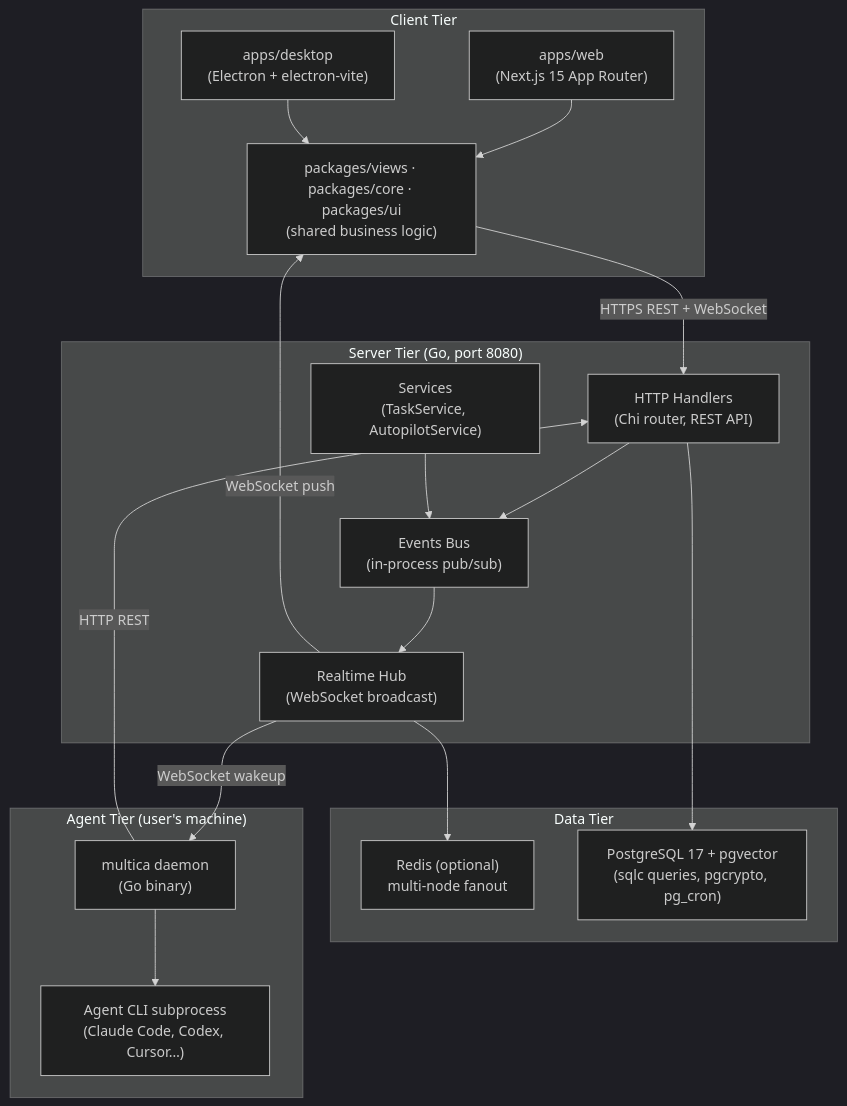
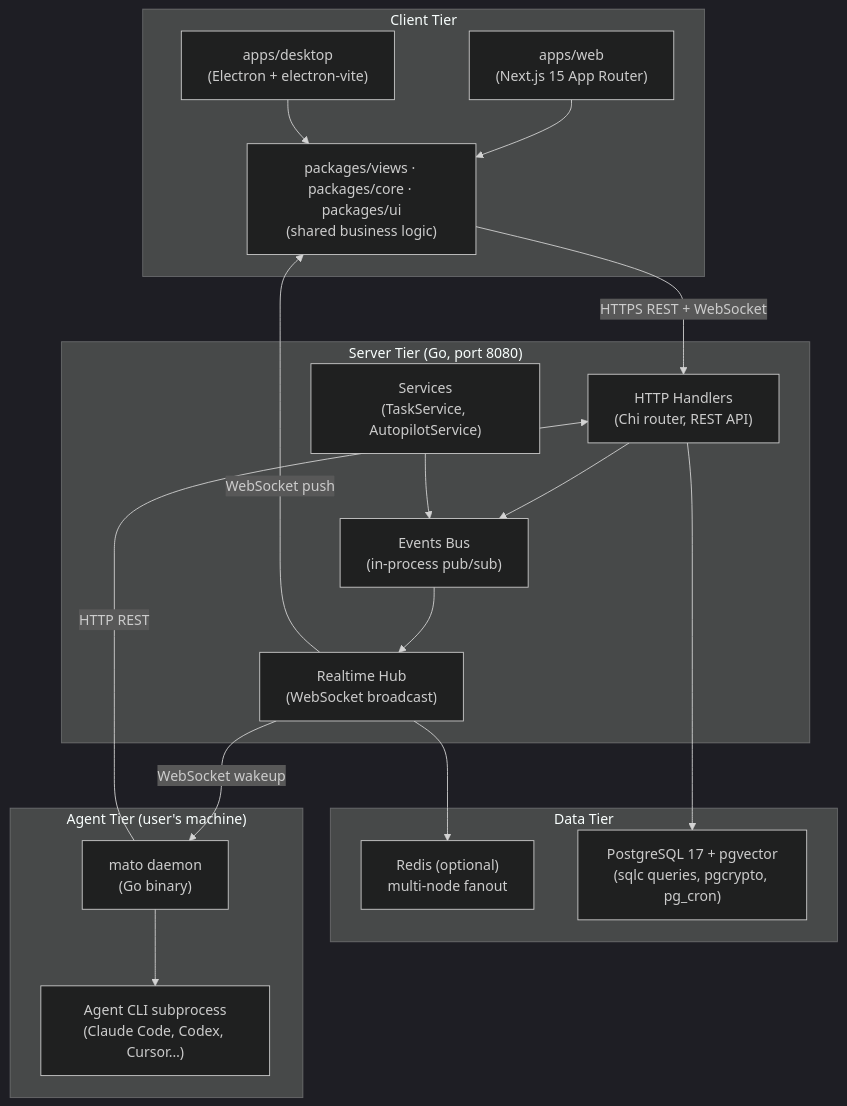
Before and after one commit to JCB-5280/multica-jcb: the first of 2 diagrams in knowledge-base/architecture-overview.md, drawn with Mermaid (dark theme). The commit also changed other lines of this file and 836 other files, not shown here.

First line of the commit message:
feat: update branding from Multica to MATO

````diff
--- a/knowledge-base/architecture-overview.md
+++ b/knowledge-base/architecture-overview.md
@@ -44,38 +44,38 @@
 ```mermaid
 graph TB
     subgraph Client["Client Tier"]
         Web["apps/web\n(Next.js 15 App Router)"]
         Desktop["apps/desktop\n(Electron + electron-vite)"]
         Shared["packages/views · packages/core · packages/ui\n(shared business logic)"]
         Web --> Shared
         Desktop --> Shared
     end
 
     subgraph Server["Server Tier (Go, port 8080)"]
         Handler["HTTP Handlers\n(Chi router, REST API)"]
         Services["Services\n(TaskService, AutopilotService)"]
         Hub["Realtime Hub\n(WebSocket broadcast)"]
         Bus["Events Bus\n(in-process pub/sub)"]
         Handler --> Bus
         Services --> Bus
         Bus --> Hub
     end
 
     subgraph Data["Data Tier"]
         Redis["Redis (optional)\nmulti-node fanout"]
         Postgres["PostgreSQL 17 + pgvector\n(sqlc queries, pgcrypto, pg_cron)"]
         Hub --> Redis
     end
 
     subgraph Agent["Agent Tier (user's machine)"]
-        Daemon["multica daemon\n(Go binary)"]
+        Daemon["mato daemon\n(Go binary)"]
         CLI["Agent CLI subprocess\n(Claude Code, Codex, Cursor…)"]
         Daemon --> CLI
     end
 
     Shared -- "HTTPS REST + WebSocket" --> Handler
     Handler --> Postgres
     Hub -- "WebSocket push" --> Shared
     Hub -- "WebSocket wakeup" --> Daemon
     Daemon -- "HTTP REST" --> Handler
 ```
````
